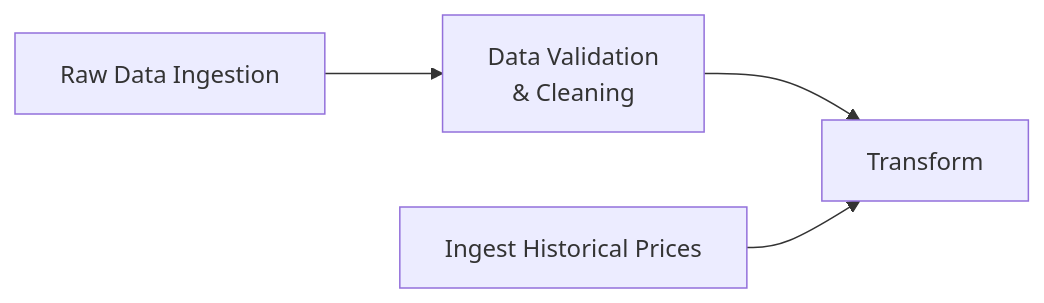
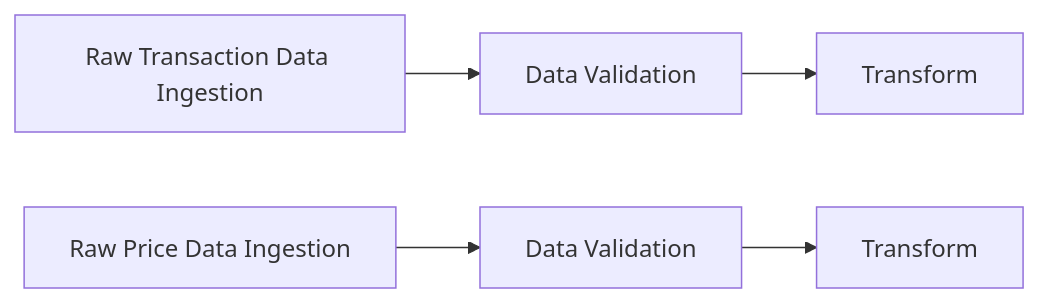
One commit to tripodoreo/ae_capstone_project changed the second of 2 diagrams in README.md. Above: the diagram before and after it, drawn with Mermaid.

````diff
--- a/README.md
+++ b/README.md
@@ -124,8 +124,9 @@
 ```mermaid
 graph LR
-    A[Raw Data Ingestion] --> B[Data Validation\n& Cleaning]
+    A[Raw Transaction Data Ingestion] --> B[Data Validation]
     B --> C[Transform]
 
-    D[Ingest Historical Prices] --> C
+    D[Raw Price Data Ingestion] --> E[Data Validation]
+    E --> F[Transform]
     
 ```
````
